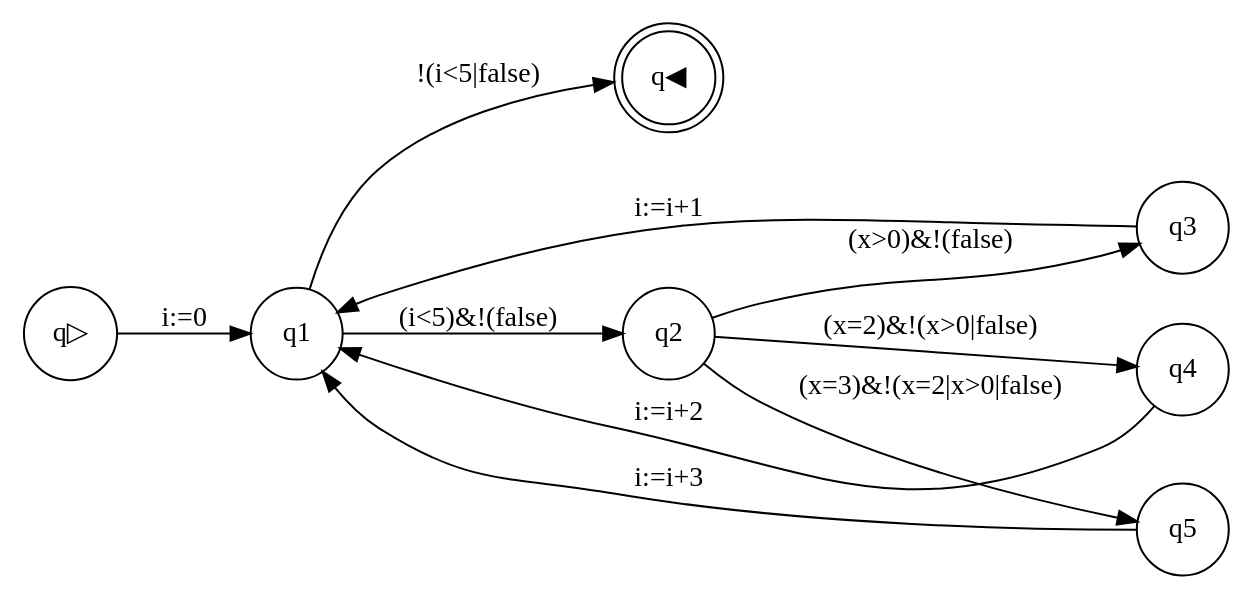
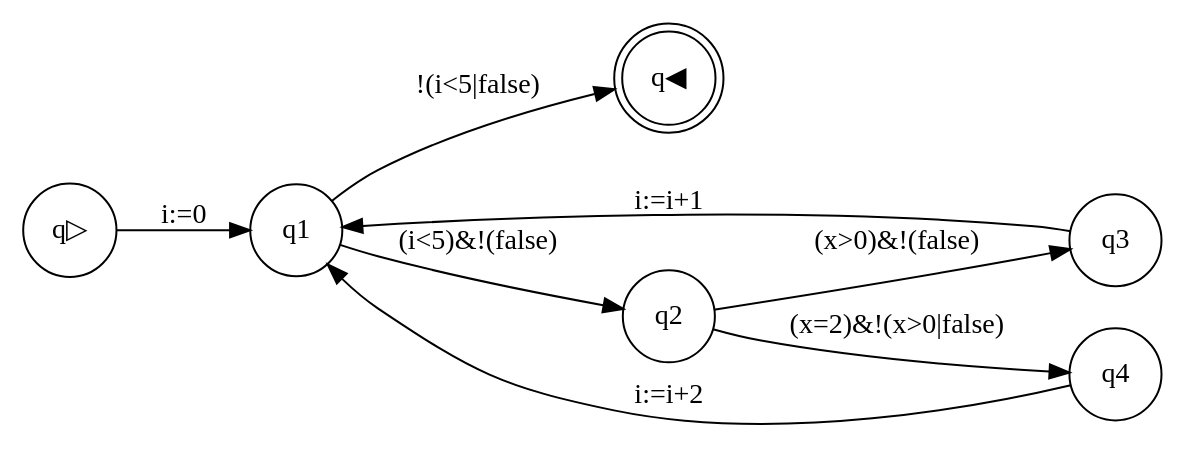
One commit to gernsoe/02141_parsing changed the diagram in Package/DFA.gv. Above: the diagram before and after it, drawn with Graphviz. The commit also changed 11 other files, not shown here.

```diff
--- a/Package/DFA.gv
+++ b/Package/DFA.gv
@@ -1,14 +1,12 @@
 digraph program_graph {rankdir=LR; 
 node [shape = circle]; q▷; 
 node [shape = doublecircle]; q◀; 
 node [shape = circle]
 q▷ -> q1[label = "i:=0"];
 q1 -> q2[label = "(i<5)&!(false)"];
 q2 -> q3[label = "(x>0)&!(false)"];
 q3 -> q1[label = "i:=i+1"];
 q2 -> q4[label = "(x=2)&!(x>0|false)"];
 q4 -> q1[label = "i:=i+2"];
-q2 -> q5[label = "(x=3)&!(x=2|x>0|false)"];
-q5 -> q1[label = "i:=i+3"];
 q1 -> q◀[label = "!(i<5|false)"];
 }
```
